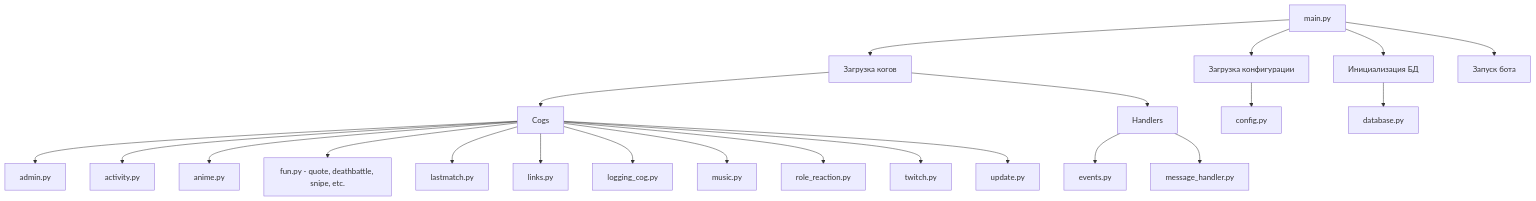
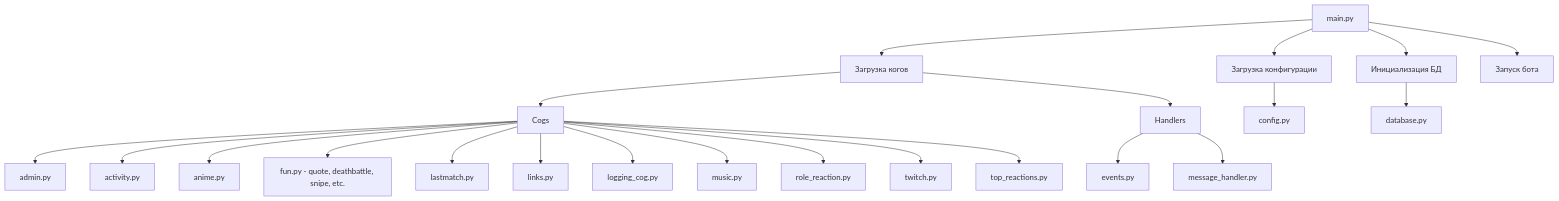
Before and after one commit to Twinlab/pd_bot: the first of 10 diagrams in docs/architecture.md, drawn with Mermaid. The commit also changed other lines of this file and 13 other files, not shown here.

````diff
--- a/docs/architecture.md
+++ b/docs/architecture.md
@@ -5,27 +5,27 @@
 ```mermaid
 graph TD
     A[main.py] --> B[Загрузка конфигурации]
     A --> C[Инициализация БД]
     A --> D[Загрузка когов]
     A --> E[Запуск бота]
 
     D --> F[Cogs]
     F --> F1[admin.py]
     F --> F2[activity.py]
     F --> F3[anime.py]
     F --> F4[fun.py - quote, deathbattle, snipe, etc.]
     F --> F6[lastmatch.py]
     F --> F7[links.py]
     F --> F8[logging_cog.py]
     F --> F9[music.py]
     F --> F10[role_reaction.py]
     F --> F11[twitch.py]
-    F --> F12[update.py]
+    F --> F12[top_reactions.py]
 
     D --> G[Handlers]
     G --> G1[events.py]
     G --> G2[message_handler.py]
 
     B --> H[config.py]
     C --> I[database.py]
 ```
````
